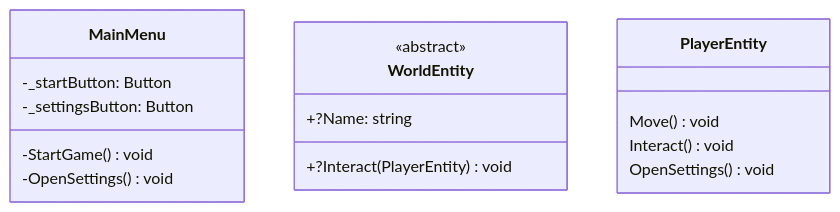
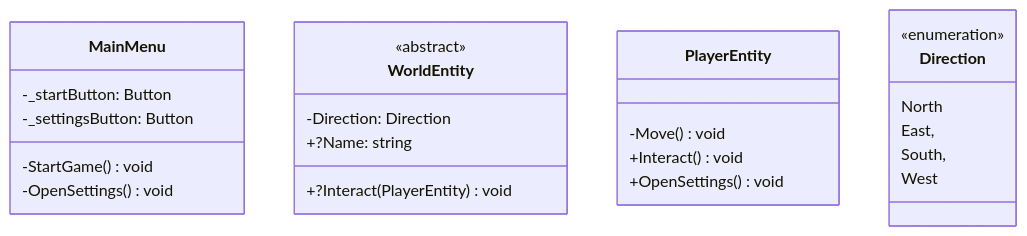
One commit to A-A-Tel/TheBizarreJourney-Godot changed the diagram in Scripts/Diagram.mmd. Above: the diagram before and after it, drawn with Mermaid. The commit also changed 6 other files, not shown here.

```diff
--- a/Scripts/Diagram.mmd
+++ b/Scripts/Diagram.mmd
@@ -1,22 +1,31 @@
 classDiagram
     class MainMenu {
         -_startButton: Button
         -_settingsButton: Button
         
         -StartGame() void
         -OpenSettings() void
     }
     
     class WorldEntity {
         <<abstract>>
         
+        -Direction: Direction
         +?Name: string
         
         +?Interact(PlayerEntity) void
     }
     
     class PlayerEntity {
-        Move() void
-        Interact() void
-        OpenSettings() void
+        -Move() void
+        +Interact() void
+        +OpenSettings() void
     }
+    
+    class Direction {
+        <<enumeration>>
+        North
+        East,
+        South,
+        West
+    }
```
